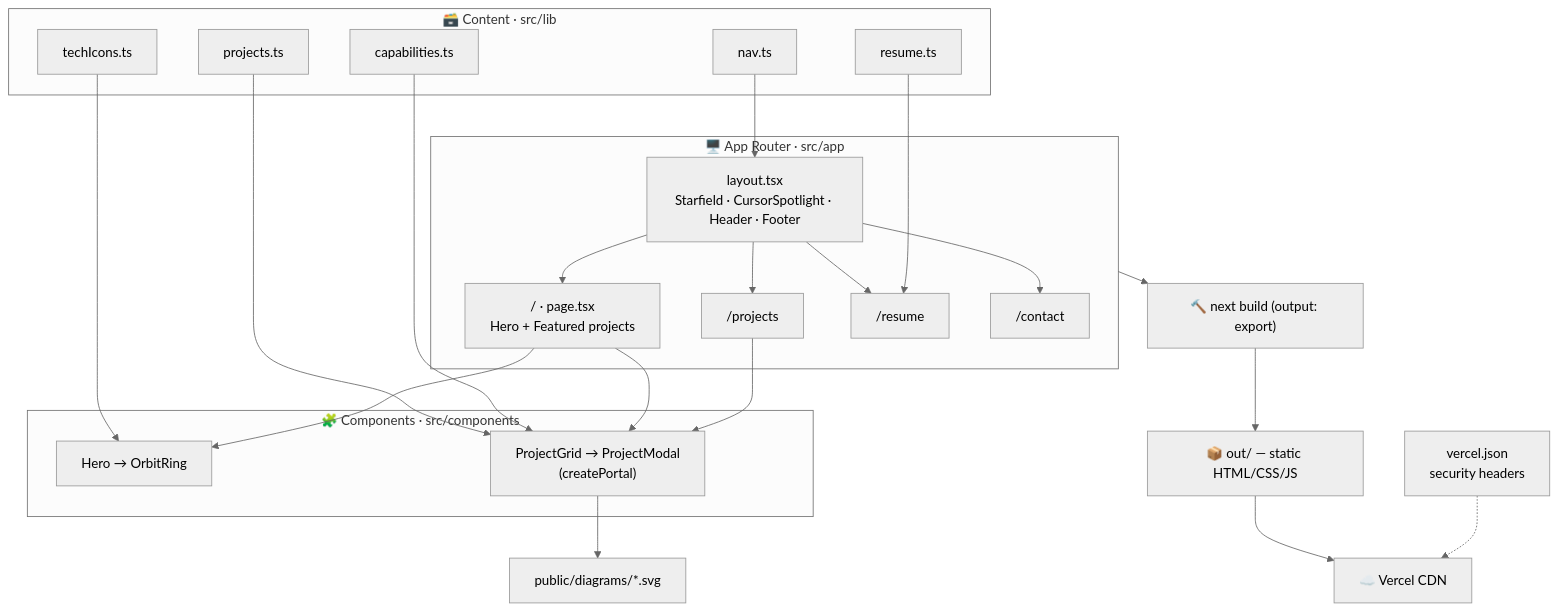
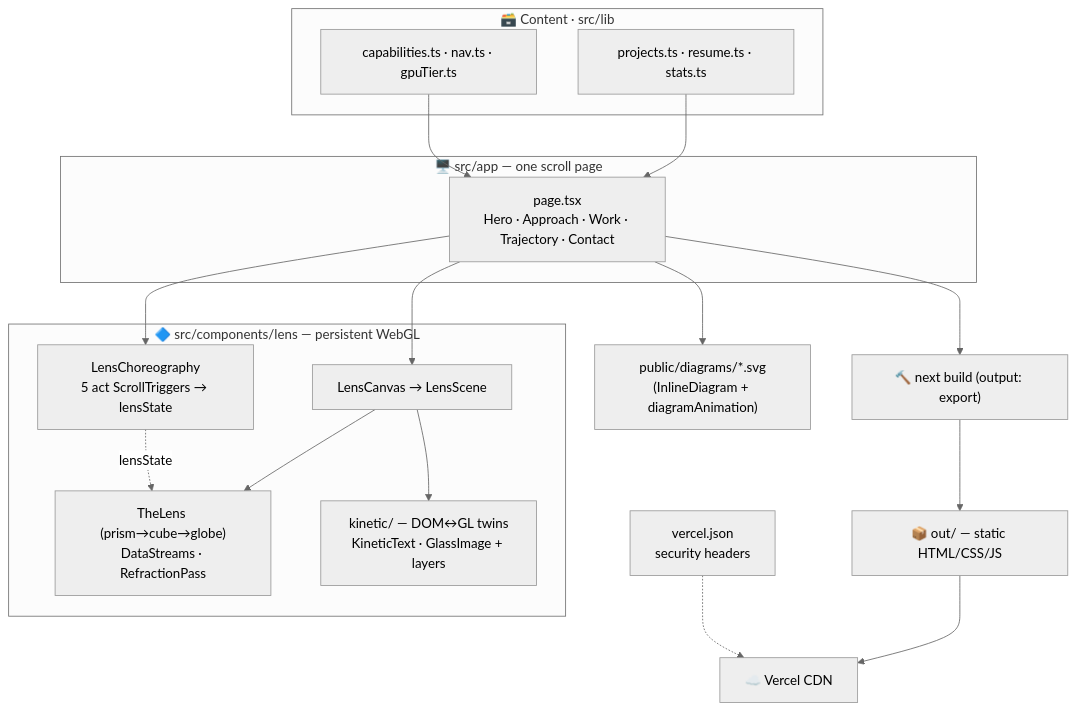
The diagram in README.md (aravindGitHub1994/my-portfolio), drawn with Mermaid (neutral theme) before and after one commit. The commit also changed other lines of this file and 5 other files, not shown here.

````diff
--- a/README.md
+++ b/README.md
@@ -35,33 +38,25 @@
 ```mermaid
 flowchart TD
-    subgraph App["🖥️ App Router · src/app"]
-        L["layout.tsx<br/>Starfield · CursorSpotlight · Header · Footer"]
-        P1["/ · page.tsx<br/>Hero + Featured projects"]
-        P2["/projects"]
-        P3["/resume"]
-        P4["/contact"]
-        L --> P1 & P2 & P3 & P4
+    subgraph Page["🖥️ src/app — one scroll page"]
+        PG["page.tsx<br/>Hero · Approach · Work · Trajectory · Contact"]
+    end
+    subgraph Lens["🔷 src/components/lens — persistent WebGL"]
+        LC["LensCanvas → LensScene"]
+        CH["LensChoreography<br/>5 act ScrollTriggers → lensState"]
+        TL["TheLens (prism→cube→globe)<br/>DataStreams · RefractionPass"]
+        KT["kinetic/ — DOM↔GL twins<br/>KineticText · GlassImage + layers"]
+        LC --> TL & KT
+        CH -.lensState.-> TL
     end
     subgraph Data["🗃️ Content · src/lib"]
-        D1["projects.ts"]
-        D2["resume.ts"]
-        D3["capabilities.ts"]
-        D4["techIcons.ts"]
-        D5["nav.ts"]
+        D1["projects.ts · resume.ts · stats.ts"]
+        D2["capabilities.ts · nav.ts · gpuTier.ts"]
     end
-    subgraph UI["🧩 Components · src/components"]
-        C1["Hero → OrbitRing"]
-        C2["ProjectGrid → ProjectModal<br/>(createPortal)"]
-    end
-    D5 --> L
-    D4 --> C1
-    D1 & D3 --> C2
-    D2 --> P3
-    P1 --> C1 & C2
-    P2 --> C2
-    C2 --> SVG["public/diagrams/*.svg"]
-    App --> B["🔨 next build (output: export)"]
+    PG --> LC & CH
+    D1 & D2 --> PG
+    PG --> DG["public/diagrams/*.svg<br/>(InlineDiagram + diagramAnimation)"]
+    PG --> B["🔨 next build (output: export)"]
     B --> O["📦 out/ — static HTML/CSS/JS"]
     O --> V["☁️ Vercel CDN"]
     VJ["vercel.json<br/>security headers"] -.-> V
 ```
````
